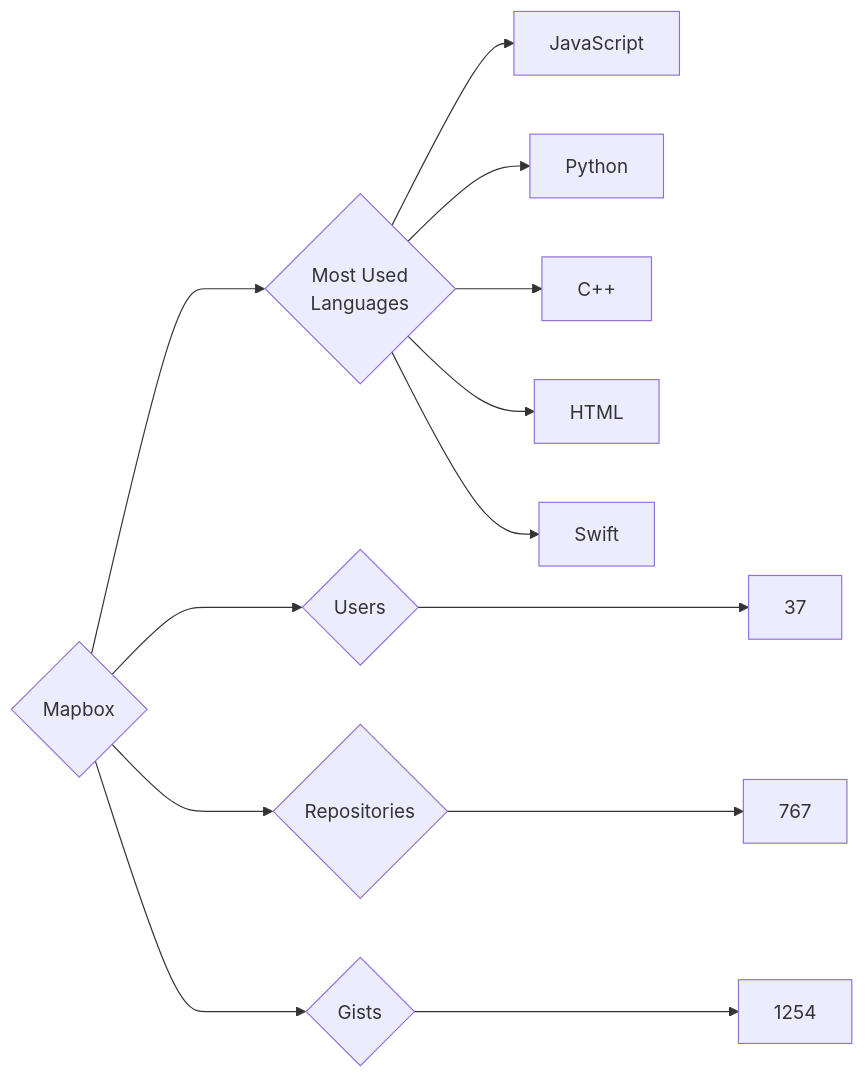
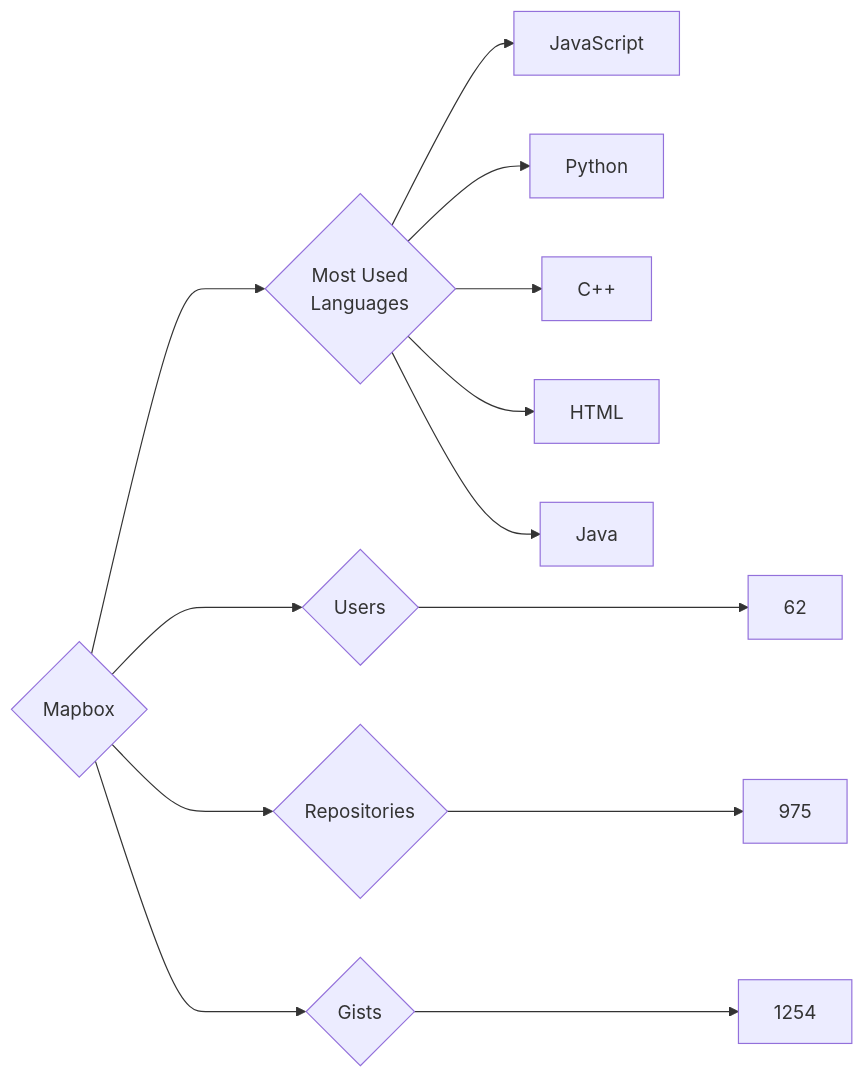
Before and after one commit to trickest/insiders: the diagram in targets/Mapbox/README.md, drawn with Mermaid. The commit also changed 894 other files, not shown here.

````diff
--- a/targets/Mapbox/README.md
+++ b/targets/Mapbox/README.md
@@ -3,13 +3,13 @@
 ```mermaid
 graph LR
 COMPANY_NAME{Mapbox}
-COMPANY_NAME ---> U{Users} ---> UN[37]
-COMPANY_NAME ---> R{Repositories} ---> RN[767]
+COMPANY_NAME ---> U{Users} ---> UN[62]
+COMPANY_NAME ---> R{Repositories} ---> RN[975]
 COMPANY_NAME ---> G{Gists} ---> GN[1254]
 COMPANY_NAME ---> ML{Most Used<br>Languages}
 ML --> JavaScript[JavaScript]
 ML --> Python[Python]
 ML --> C++[C++]
 ML --> HTML[HTML]
-ML --> Swift[Swift]
+ML --> Java[Java]
 ```
````
